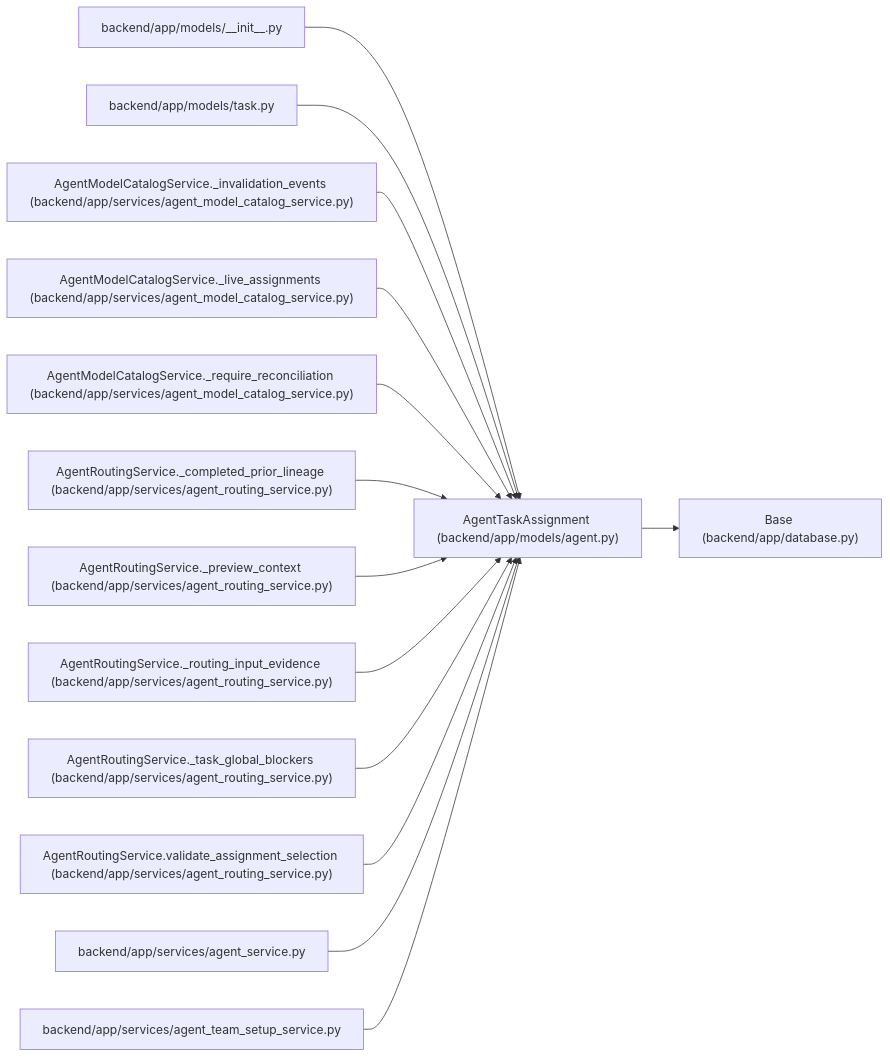
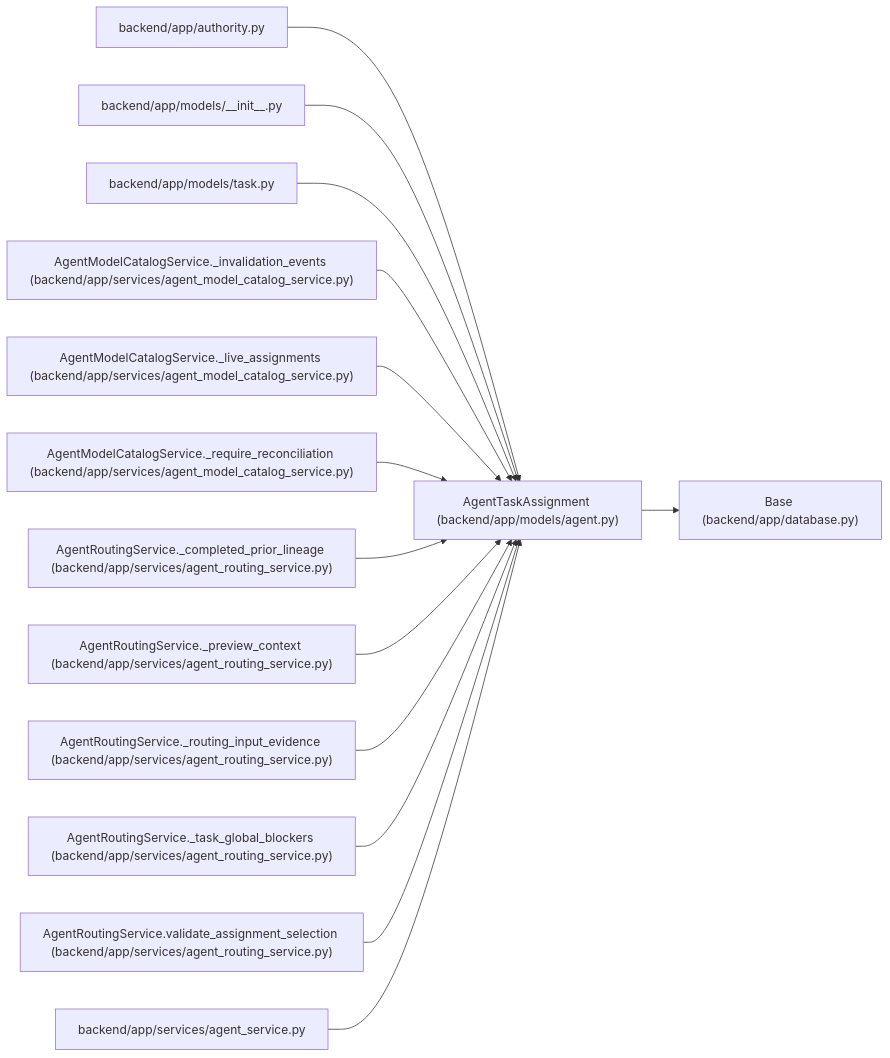
Before and after one commit to Denissvgn/WorkChord: the diagram in docs/llm_wiki/entities/models_agent_AgentTaskAssignment.md, drawn with Mermaid. The commit also changed other lines of this file and 1238 other files, not shown here.

First line of the commit message:
docs(wiki): publish compact canonical domain architecture

````diff
--- a/docs/llm_wiki/entities/models_agent_AgentTaskAssignment.md
+++ b/docs/llm_wiki/entities/models_agent_AgentTaskAssignment.md
@@ -49,44 +49,44 @@
 ```mermaid
 flowchart LR
     n0["AgentTaskAssignment (backend/app/models/agent.py)"]
     n1["Base (backend/app/database.py)"]
-    n2["backend/app/models/__init__.py"]
-    n3["backend/app/models/task.py"]
-    n4["AgentModelCatalogService._invalidation_events (backend/app/services/agent_model_catalog_service.py)"]
-    n5["AgentModelCatalogService._live_assignments (backend/app/services/agent_model_catalog_service.py)"]
-    n6["AgentModelCatalogService._require_reconciliation (backend/app/services/agent_model_catalog_service.py)"]
-    n7["AgentRoutingService._completed_prior_lineage (backend/app/services/agent_routing_service.py)"]
-    n8["AgentRoutingService._preview_context (backend/app/services/agent_routing_service.py)"]
-    n9["AgentRoutingService._routing_input_evidence (backend/app/services/agent_routing_service.py)"]
-    n10["AgentRoutingService._task_global_blockers (backend/app/services/agent_routing_service.py)"]
-    n11["AgentRoutingService.validate_assignment_selection (backend/app/services/agent_routing_service.py)"]
-    n12["backend/app/services/agent_service.py"]
-    n13["backend/app/services/agent_team_setup_service.py"]
+    n2["backend/app/authority.py"]
+    n3["backend/app/models/__init__.py"]
+    n4["backend/app/models/task.py"]
+    n5["AgentModelCatalogService._invalidation_events (backend/app/services/agent_model_catalog_service.py)"]
+    n6["AgentModelCatalogService._live_assignments (backend/app/services/agent_model_catalog_service.py)"]
+    n7["AgentModelCatalogService._require_reconciliation (backend/app/services/agent_model_catalog_service.py)"]
+    n8["AgentRoutingService._completed_prior_lineage (backend/app/services/agent_routing_service.py)"]
+    n9["AgentRoutingService._preview_context (backend/app/services/agent_routing_service.py)"]
+    n10["AgentRoutingService._routing_input_evidence (backend/app/services/agent_routing_service.py)"]
+    n11["AgentRoutingService._task_global_blockers (backend/app/services/agent_routing_service.py)"]
+    n12["AgentRoutingService.validate_assignment_selection (backend/app/services/agent_routing_service.py)"]
+    n13["backend/app/services/agent_service.py"]
     n0 --> n1
     n2 --> n0
     n3 --> n0
     n4 --> n0
     n5 --> n0
     n6 --> n0
     n7 --> n0
     n8 --> n0
     n9 --> n0
     n10 --> n0
     n11 --> n0
     n12 --> n0
     n13 --> n0
     click n0 "../modules/models_agent.md"
     click n1 "../modules/app_database.md"
-    click n2 "../modules/models___init__.md"
-    click n3 "../modules/models_task.md"
-    click n4 "../modules/agent_model_catalog_service.md"
+    click n2 "../modules/authority.md"
+    click n3 "../modules/models___init__.md"
+    click n4 "../modules/models_task.md"
     click n5 "../modules/agent_model_catalog_service.md"
     click n6 "../modules/agent_model_catalog_service.md"
-    click n7 "../modules/agent_routing_service.md"
+    click n7 "../modules/agent_model_catalog_service.md"
     click n8 "../modules/agent_routing_service.md"
     click n9 "../modules/agent_routing_service.md"
     click n10 "../modules/agent_routing_service.md"
     click n11 "../modules/agent_routing_service.md"
-    click n12 "../modules/agent_service.md"
-    click n13 "../modules/agent_team_setup_service.md"
+    click n12 "../modules/agent_routing_service.md"
+    click n13 "../modules/agent_service.md"
 ```
````
